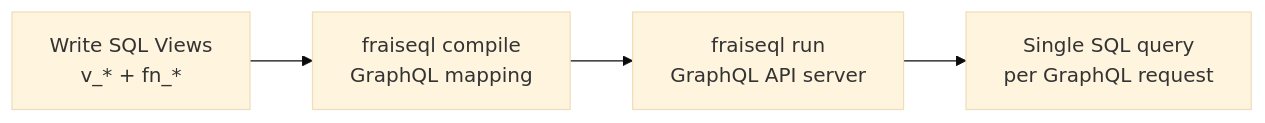
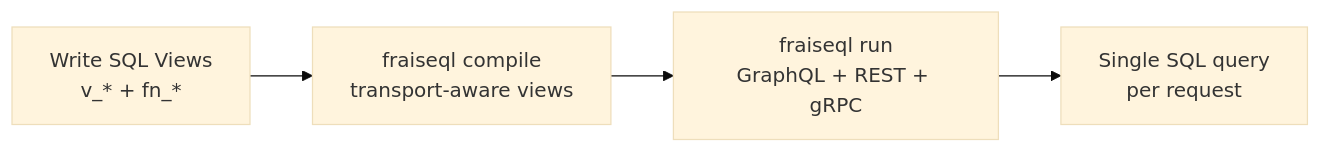
Before and after one commit to fraiseql/fraiseql-docs: the diagram in src/content/docs/index.mdx, drawn with Mermaid (base theme). The commit also changed other lines of this file and 145 other files, not shown here.

````diff
--- a/src/content/docs/index.mdx
+++ b/src/content/docs/index.mdx
@@ -48,6 +86,6 @@
 ```mermaid
 graph LR
-    A[Write SQL Views<br/>v_* + fn_*] --> B[fraiseql compile<br/>GraphQL mapping]
-    B --> C[fraiseql run<br/>GraphQL API server]
-    C --> D[Single SQL query<br/>per GraphQL request]
+    A[Write SQL Views<br/>v_* + fn_*] --> B[fraiseql compile<br/>transport-aware views]
+    B --> C[fraiseql run<br/>GraphQL + REST + gRPC]
+    C --> D[Single SQL query<br/>per request]
 ```
````
